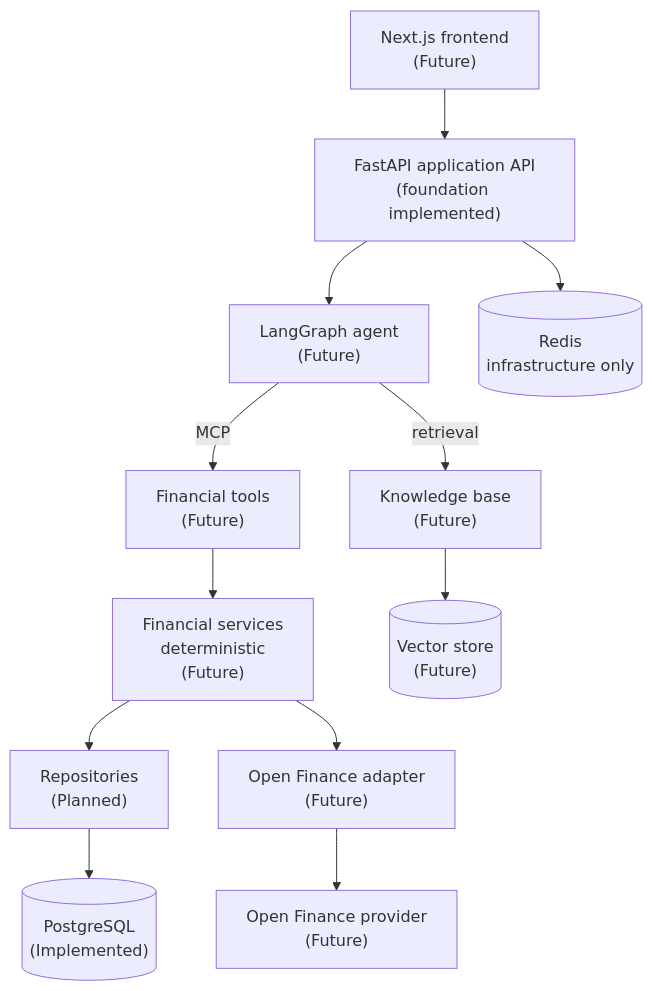
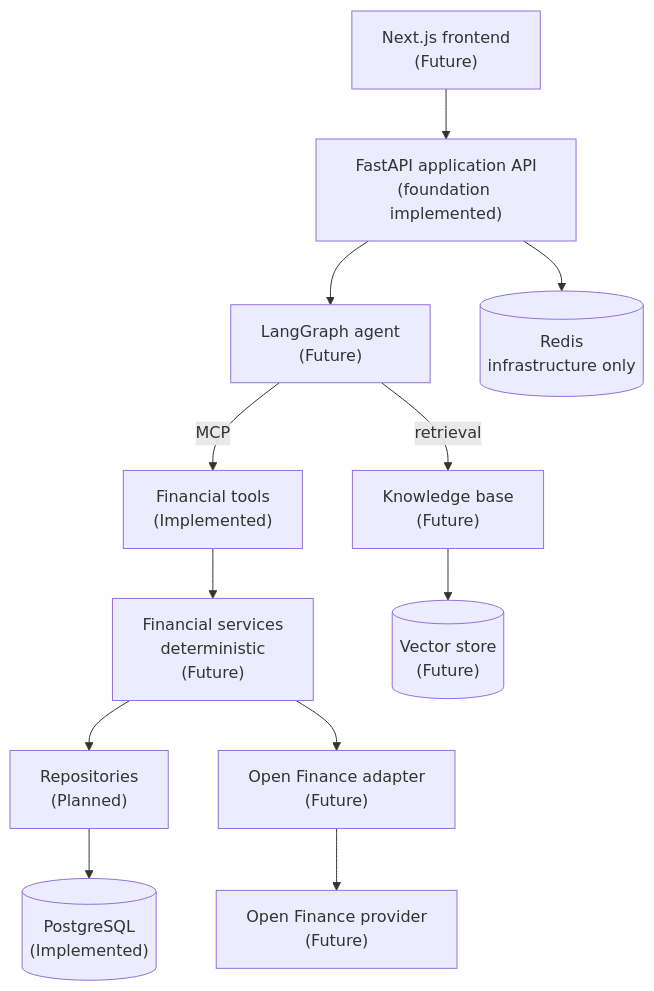
Before and after one commit to joaopaulodevv/compass: the diagram in README.md, drawn with Mermaid. The commit also changed other lines of this file and 5 other files, not shown here.

````diff
--- a/README.md
+++ b/README.md
@@ -51,15 +51,15 @@
 ```mermaid
 flowchart TB
     web["Next.js frontend\n(Future)"] --> api
     api["FastAPI application API\n(foundation implemented)"]
     api --> agent["LangGraph agent\n(Future)"]
-    agent -->|MCP| tools["Financial tools\n(Future)"]
+    agent -->|MCP| tools["Financial tools\n(Implemented)"]
     agent -->|retrieval| rag["Knowledge base\n(Future)"]
     tools --> services["Financial services\ndeterministic\n(Future)"]
     services --> repos["Repositories\n(Planned)"]
     services --> ofp["Open Finance adapter\n(Future)"]
     repos --> pg[("PostgreSQL\n(Implemented)")]
     rag --> vec[("Vector store\n(Future)")]
     ofp --> of["Open Finance provider\n(Future)"]
     api --> redis[("Redis\ninfrastructure only")]
 ```
````
